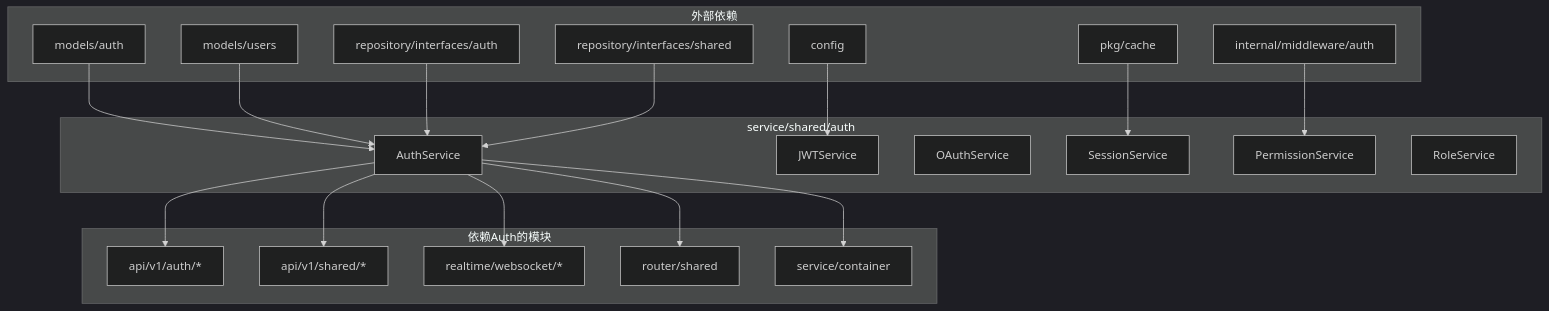
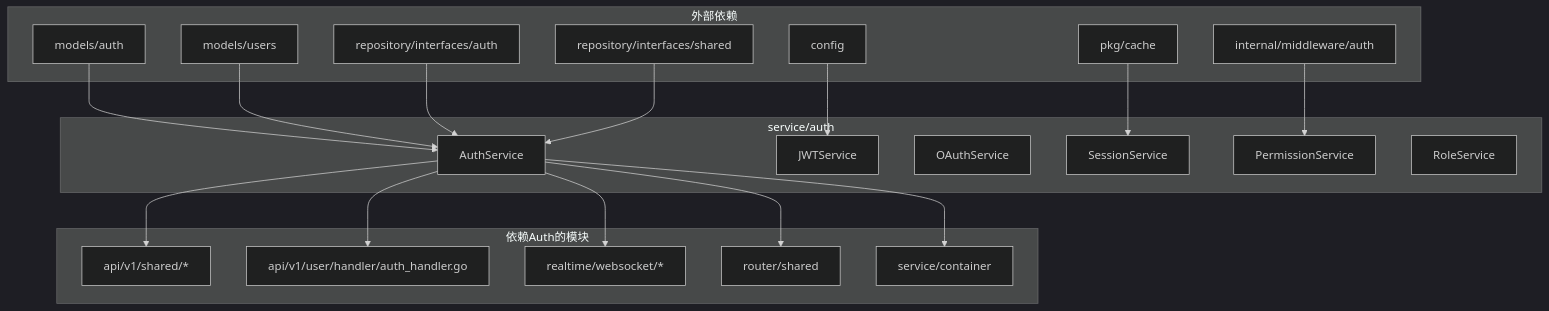
The first of 2 diagrams in docs/architecture/module-dependency-analysis.md (yukin371/Qingyu_backend), drawn with Mermaid (dark theme) before and after one commit. The commit also changed other lines of this file and 34 other files, not shown here.

Commit message:
refactor(auth): 收口 auth user 边界并退场历史 owner

````diff
--- a/docs/architecture/module-dependency-analysis.md
+++ b/docs/architecture/module-dependency-analysis.md
@@ -66,43 +72,43 @@
 ```mermaid
 graph TD
     subgraph "外部依赖"
         A[models/auth]
         B[models/users]
         C[repository/interfaces/auth]
         D[repository/interfaces/shared]
         E[config]
         F[internal/middleware/auth]
         G[pkg/cache]
     end
 
-    subgraph "service/shared/auth"
+    subgraph "service/auth"
         Auth[AuthService]
         JWT[JWTService]
         OAuth[OAuthService]
         Session[SessionService]
         Perm[PermissionService]
         Role[RoleService]
     end
 
     subgraph "依赖Auth的模块"
-        API1[api/v1/auth/*]
-        API2[api/v1/shared/*]
+        API1[api/v1/shared/*]
+        API2[api/v1/user/handler/auth_handler.go]
         WS1[realtime/websocket/*]
         Router[router/shared]
         Container[service/container]
     end
 
     A --> Auth
     B --> Auth
     C --> Auth
     D --> Auth
     E --> JWT
     F --> Perm
     G --> Session
 
     Auth --> Container
     Auth --> API1
     Auth --> API2
     Auth --> WS1
     Auth --> Router
 ```
````
